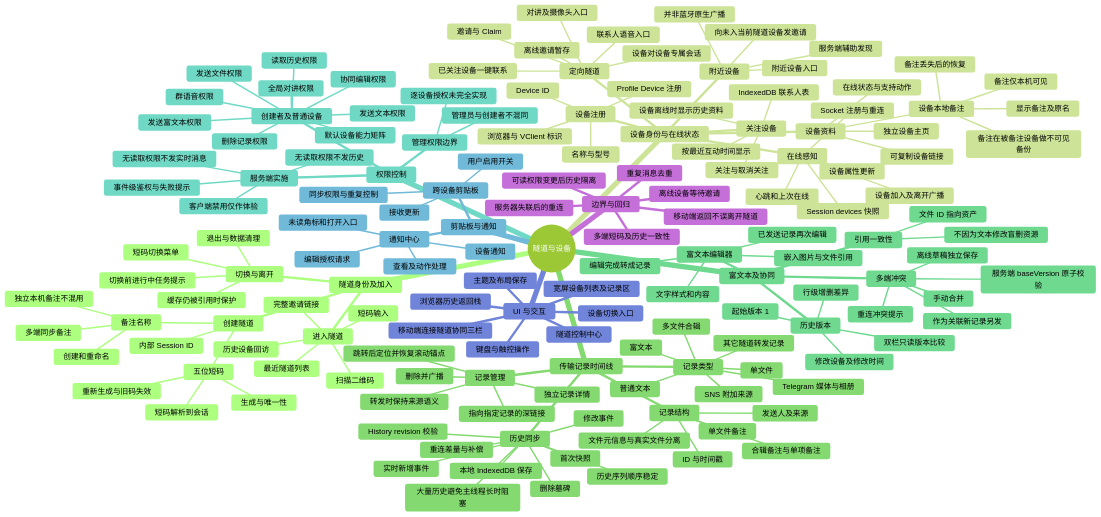
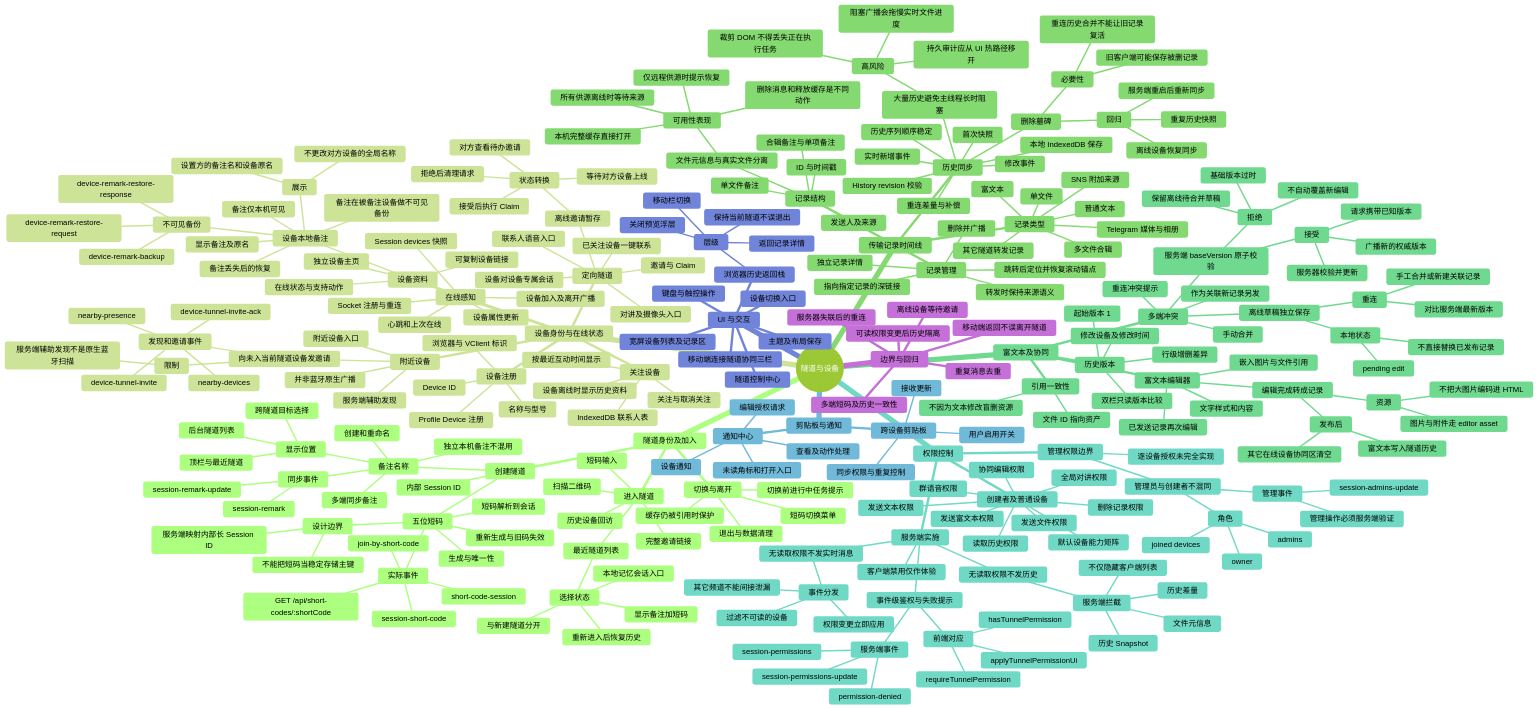
Before and after one commit to Ltre/file-tunnel: the diagram in docs/overview/feature-mindmaps/01-tunnel-devices-collaboration.md, drawn with Mermaid (forest theme). The commit also changed 3 other files, not shown here.

Commit message:
docs: deeply expand mindmaps 01-04 with protocols states and failure boundaries

```diff
--- a/docs/overview/feature-mindmaps/01-tunnel-devices-collaboration.md
+++ b/docs/overview/feature-mindmaps/01-tunnel-devices-collaboration.md
@@ -14,10 +14,25 @@
       创建隧道
         内部 Session ID
         五位短码
+          实际事件
+            join-by-short-code
+            short-code-session
+            session-short-code
+            GET /api/short-codes/:shortCode
+          设计边界
+            服务端映射内部长 Session ID
+            不能把短码当稳定存储主键
           生成与唯一性
           短码解析到会话
           重新生成与旧码失效
         备注名称
+          显示位置
+            顶栏与最近隧道
+            后台隧道列表
+            跨隧道目标选择
+          同步事件
+            session-remark-update
+            session-remark
           创建和重命名
           多端同步备注
           独立本机备注不混用
@@ -26,6 +41,11 @@
         扫描二维码
         完整邀请链接
         最近隧道列表
+          选择状态
+            本地记忆会话入口
+            显示备注加短码
+            重新进入后恢复历史
+            与新建隧道分开
         历史设备回访
       切换与离开
         切换前进行中任务提示
@@ -49,6 +69,13 @@
         可复制设备链接
         在线状态与支持动作
         设备本地备注
+          展示
+            设置方的备注名和设备原名
+            不更改对方设备的全局名称
+          不可见备份
+            device-remark-backup
+            device-remark-restore-request
+            device-remark-restore-response
           显示备注及原名
           备注仅本机可见
           备注在被备注设备做不可见备份
@@ -58,6 +85,13 @@
         并非蓝牙原生广播
         附近设备入口
         向未入当前隧道设备发邀请
+          发现和邀请事件
+            nearby-presence
+            nearby-devices
+            device-tunnel-invite
+            device-tunnel-invite-ack
+          限制
+            服务端辅助发现不是原生蓝牙扫描
       关注设备
         IndexedDB 联系人表
         关注与取消关注
@@ -67,6 +101,11 @@
         设备对设备专属会话
         邀请与 Claim
         离线邀请暂存
+          状态转换
+            等待对方设备上线
+            对方查看待办邀请
+            接受后执行 Claim
+            拒绝后清理请求
         已关注设备一键联系
         联系人语音入口
         对讲及摄像头入口
@@ -82,6 +121,11 @@
       记录结构
         ID 与时间戳
         文件元信息与真实文件分离
+          可用性表现
+            本机完整缓存直接打开
+            仅远程供源时提示恢复
+            所有供源离线时等待来源
+            删除消息和释放缓存是不同动作
         单文件备注
         合辑备注与单项备注
         发送人及来源
@@ -92,9 +136,20 @@
         实时新增事件
         修改事件
         删除墓碑
+          必要性
+            旧客户端可能保存被删记录
+            重连历史合并不能让旧记录复活
+          回归
+            服务端重启后重新同步
+            离线设备恢复同步
+            重复历史快照
         重连差量与补偿
         历史序列顺序稳定
         大量历史避免主线程长时阻塞
+          高风险
+            阻塞广播会拖慢实时文件进度
+            裁剪 DOM 不得丢失正在执行任务
+            持久审计应从 UI 热路径移开
       记录管理
         删除并广播
         独立记录详情
@@ -106,6 +161,12 @@
         文字样式和内容
         嵌入图片与文件引用
         编辑完成转成记录
+          发布后
+            富文本写入隧道历史
+            其它在线设备协同区清空
+          资源
+            图片与附件走 editor asset
+            不把大图片编码进 HTML
         已发送记录再次编辑
       历史版本
         起始版本 1
@@ -114,7 +175,21 @@
         行级增删差异
       多端冲突
         服务端 baseVersion 原子校验
+          接受
+            请求携带已知版本
+            服务器校验并更新
+            广播新的权威版本
+          拒绝
+            基础版本过时
+            不自动覆盖新编辑
+            保留离线待合并草稿
         离线草稿独立保存
+          本地状态
+            pending edit
+            不直接替换已发布记录
+          重连
+            对比服务端最新版本
+            手工合并或新建关联记录
         重连冲突提示
         手动合并
         作为关联新记录另发
@@ -134,11 +209,35 @@
         全局对讲权限
       服务端实施
         无读取权限不发历史
+          服务端拦截
+            历史 Snapshot
+            历史差量
+            文件元信息
+            不仅隐藏客户端列表
         无读取权限不发实时消息
+          事件分发
+            过滤不可读的设备
+            权限变更立即应用
+            其它频道不能间接泄漏
         事件级鉴权与失败提示
+          服务端事件
+            session-permissions-update
+            session-permissions
+            permission-denied
+          前端对应
+            hasTunnelPermission
+            requireTunnelPermission
+            applyTunnelPermissionUi
         客户端禁用仅作体验
       管理权限边界
         管理员与创建者不混同
+          角色
+            owner
+            admins
+            joined devices
+          管理事件
+            session-admins-update
+            管理操作必须服务端验证
         逐设备授权未完全实现
     剪贴板与通知
       跨设备剪贴板
@@ -158,6 +257,11 @@
       主题及布局保存
       键盘与触控操作
       浏览器历史返回栈
+        层级
+          关闭预览浮层
+          返回记录详情
+          移动栏切换
+          保持当前隧道不误退出
     边界与回归
       服务器失联后的重连
       多端短码及历史一致性
```
